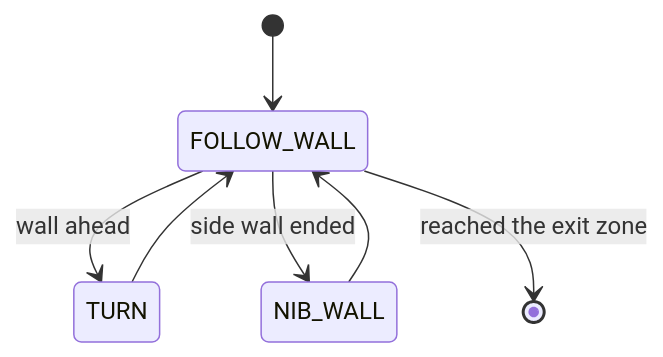
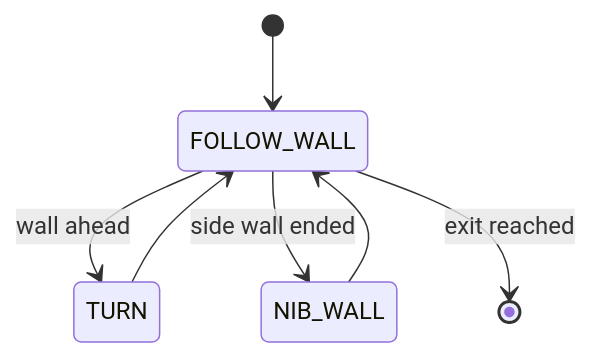
The diagram in docs/Challenge_7.md (TempeHS/RP2040_Competition_Robot), drawn with Mermaid before and after one commit. The commit also changed other lines of this file and 14 other files, not shown here.

````diff
--- a/docs/Challenge_7.md
+++ b/docs/Challenge_7.md
@@ -35,9 +40,9 @@
 ```mermaid
 stateDiagram-v2
     [*] --> FOLLOW_WALL
     FOLLOW_WALL --> TURN: wall ahead
     FOLLOW_WALL --> NIB_WALL: side wall ended
     TURN --> FOLLOW_WALL
     NIB_WALL --> FOLLOW_WALL
-    FOLLOW_WALL --> [*]: reached the exit zone
+    FOLLOW_WALL --> [*]: exit reached
 ```
````
